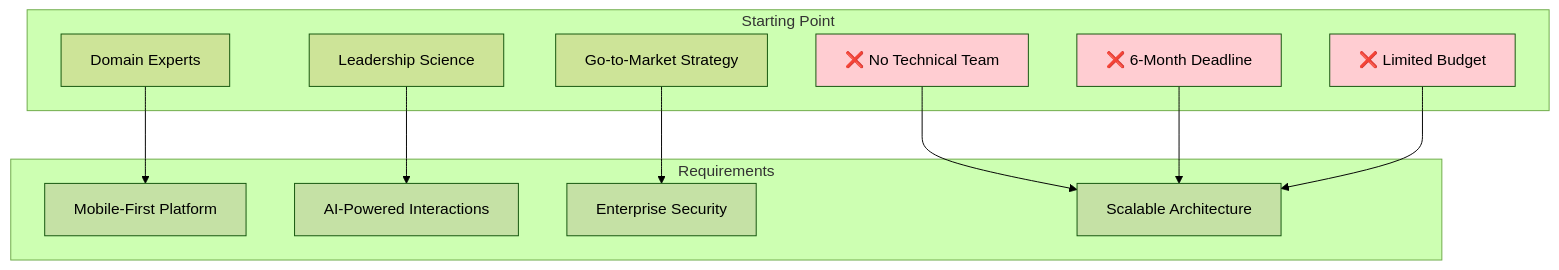
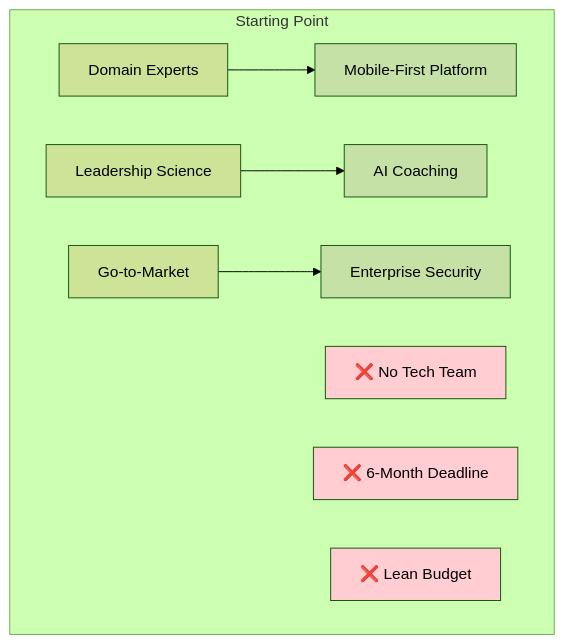
One commit to keolo/keolo-com changed the first of 3 diagrams in content/projects/joyo.md. Above: the diagram before and after it, drawn with Mermaid (forest theme). The commit also changed other lines of this file and 1 other file, not shown here.

````diff
--- a/content/projects/joyo.md
+++ b/content/projects/joyo.md
@@ -200,33 +135,18 @@
 ```mermaid
 graph TB
-    subgraph "Starting Point"
-        A[Domain Experts] 
-        B[Leadership Science]
-        C[Go-to-Market Strategy]
-        D[❌ No Technical Team]
-        E[❌ 6-Month Deadline]
-        F[❌ Limited Budget]
-    end
-    
-    subgraph "Requirements"
-        G[Mobile-First Platform]
-        H[AI-Powered Interactions]
-        I[Enterprise Security]
-        J[Scalable Architecture]
-    end
-    
-    A --> G
-    B --> H
-    C --> I
-    D --> J
-    E --> J
-    F --> J
-    
+  subgraph "Starting Point"
+    A[Domain Experts] --> G[Mobile-First Platform]
+    B[Leadership Science] --> H[AI Coaching]
+    C[Go-to-Market] --> I[Enterprise Security]
+    D[❌ No Tech Team]
+    E[❌ 6-Month Deadline]
+    F[❌ Lean Budget]
+
     style D fill:#ffcdd2
     style E fill:#ffcdd2
     style F fill:#ffcdd2
     style G fill:#c5e1a5
     style H fill:#c5e1a5
     style I fill:#c5e1a5
-    style J fill:#c5e1a5
+  end
 ```
````
